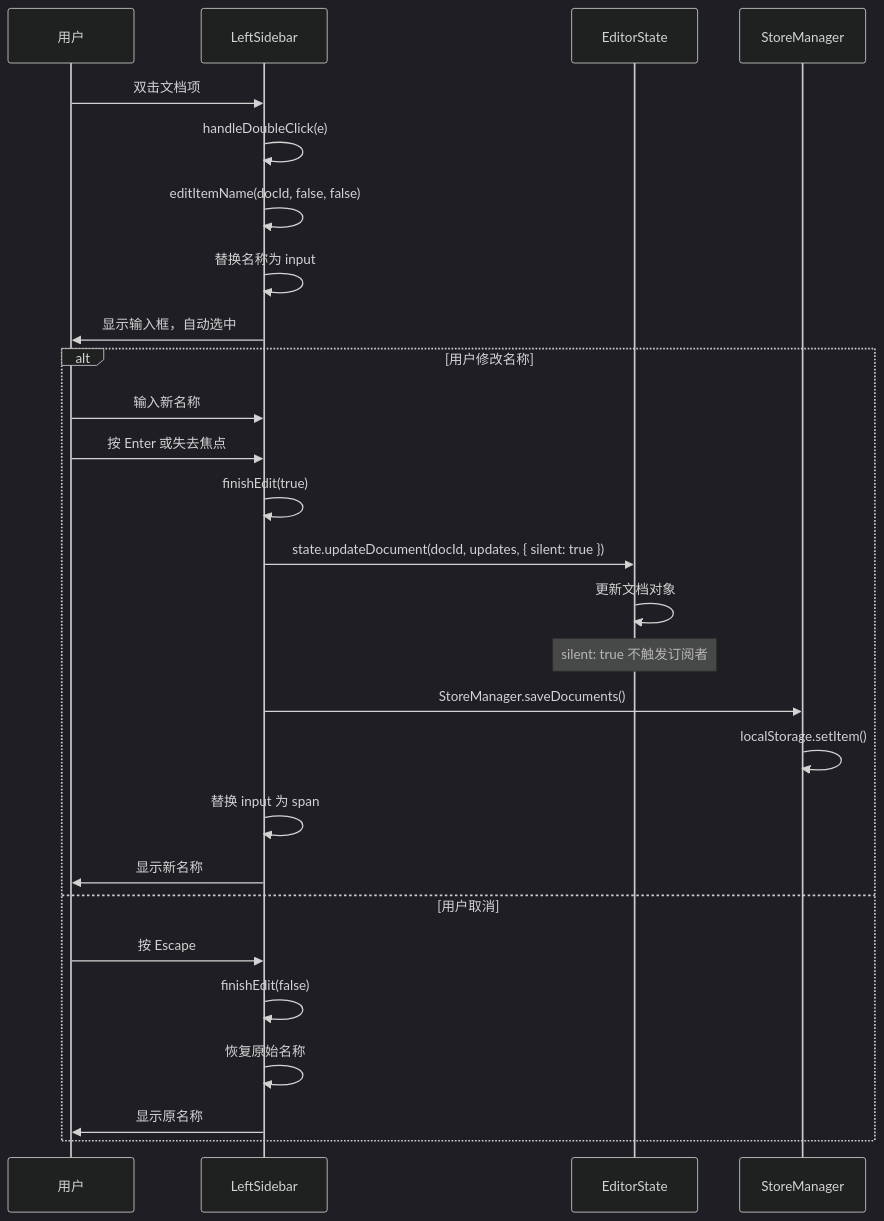
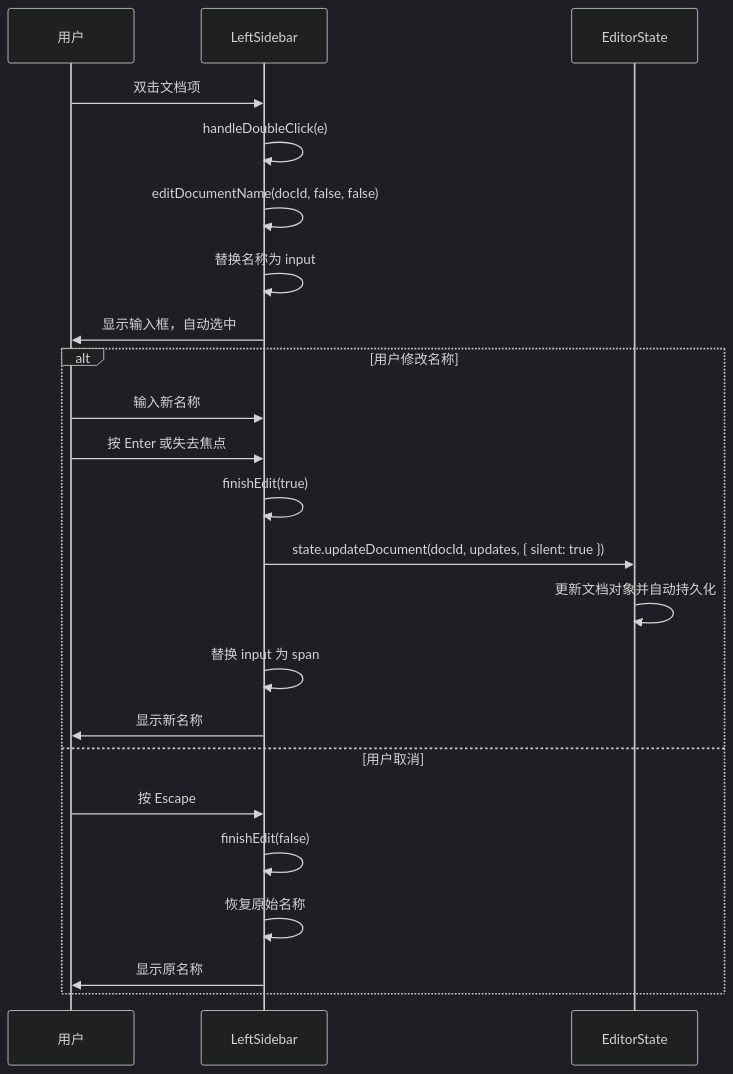
The fifth of 7 diagrams in docs/document.md (ZCShou/markdown), drawn with Mermaid (dark theme) before and after one commit. The commit also changed other lines of this file, not shown here.

Commit message:
docs: update sidebar architecture and state management documentation

````diff
--- a/docs/document.md
+++ b/docs/document.md
@@ -988,35 +1039,30 @@
 ```mermaid
 sequenceDiagram
     participant User as 用户
     participant DocList as LeftSidebar
     participant State as EditorState
-    participant Store as StoreManager
 
     User->>DocList: 双击文档项
     DocList->>DocList: handleDoubleClick(e)
-    DocList->>DocList: editItemName(docId, false, false)
+    DocList->>DocList: editDocumentName(docId, false, false)
     
     DocList->>DocList: 替换名称为 input
     DocList->>User: 显示输入框，自动选中
     
     alt 用户修改名称
         User->>DocList: 输入新名称
         User->>DocList: 按 Enter 或失去焦点
         DocList->>DocList: finishEdit(true)
         
         DocList->>State: state.updateDocument(docId, updates, { silent: true })
-        State->>State: 更新文档对象
-        Note over State: silent: true 不触发订阅者
-        
-        DocList->>Store: StoreManager.saveDocuments()
-        Store->>Store: localStorage.setItem()
+        State->>State: 更新文档对象并自动持久化
         
         DocList->>DocList: 替换 input 为 span
         DocList->>User: 显示新名称
     else 用户取消
         User->>DocList: 按 Escape
         DocList->>DocList: finishEdit(false)
         DocList->>DocList: 恢复原始名称
         DocList->>User: 显示原名称
     end
 ```
````
